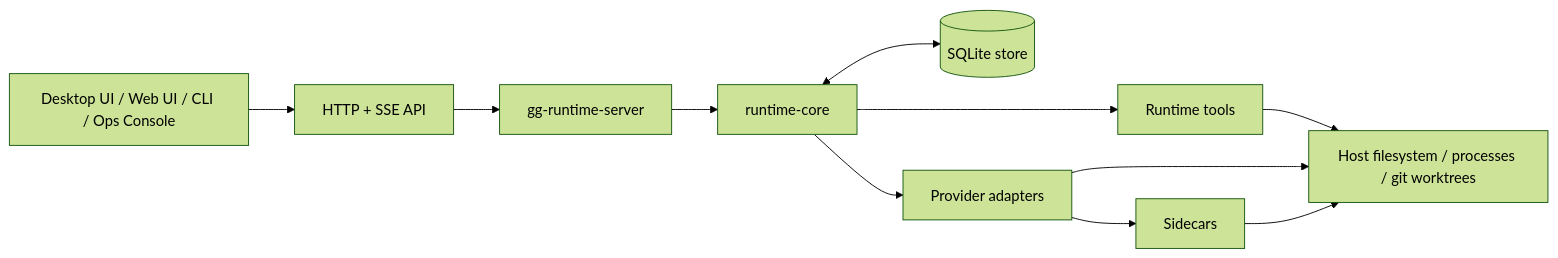
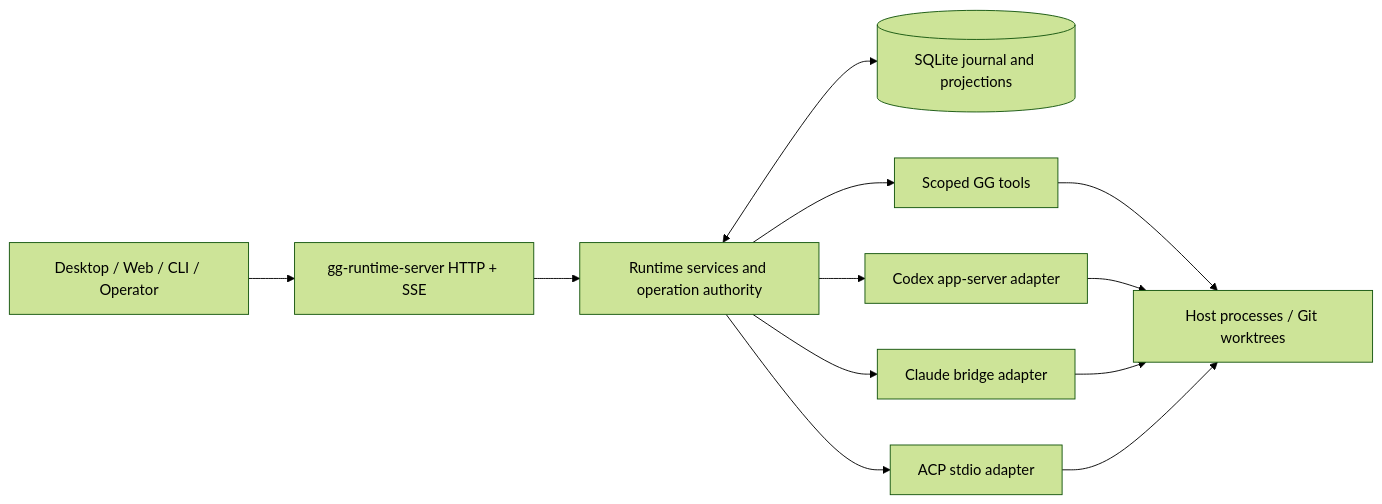
Before and after one commit to amxv/gooselake: the first of 2 diagrams in src/content/docs/architecture.md, drawn with Mermaid (forest theme). The commit also changed other lines of this file and 13 other files, not shown here.

````diff
--- a/src/content/docs/architecture.md
+++ b/src/content/docs/architecture.md
@@ -11,21 +11,23 @@
 ```mermaid
 flowchart LR
-  Client[Desktop UI / Web UI / CLI / Ops Console]
-  API[HTTP + SSE API]
-  Server[gg-runtime-server]
-  Core[runtime-core]
-  Store[(SQLite store)]
-  Providers[Provider adapters]
-  Tools[Runtime tools]
-  Sidecars[Sidecars]
-  Host[Host filesystem / processes / git worktrees]
+  Clients[Desktop / Web / CLI / Operator]
+  Server[gg-runtime-server HTTP + SSE]
+  Core[Runtime services and operation authority]
+  Store[(SQLite journal and projections)]
+  Codex[Codex app-server adapter]
+  Claude[Claude bridge adapter]
+  ACP[ACP stdio adapter]
+  Tools[Scoped GG tools]
+  Host[Host processes / Git worktrees]
 
-  Client --> API --> Server --> Core
+  Clients --> Server --> Core
   Core <--> Store
-  Core --> Providers
+  Core --> Codex
+  Core --> Claude
+  Core --> ACP
   Core --> Tools
-  Providers --> Sidecars
   Tools --> Host
-  Providers --> Host
-  Sidecars --> Host
+  Codex --> Host
+  Claude --> Host
+  ACP --> Host
 ```
````
